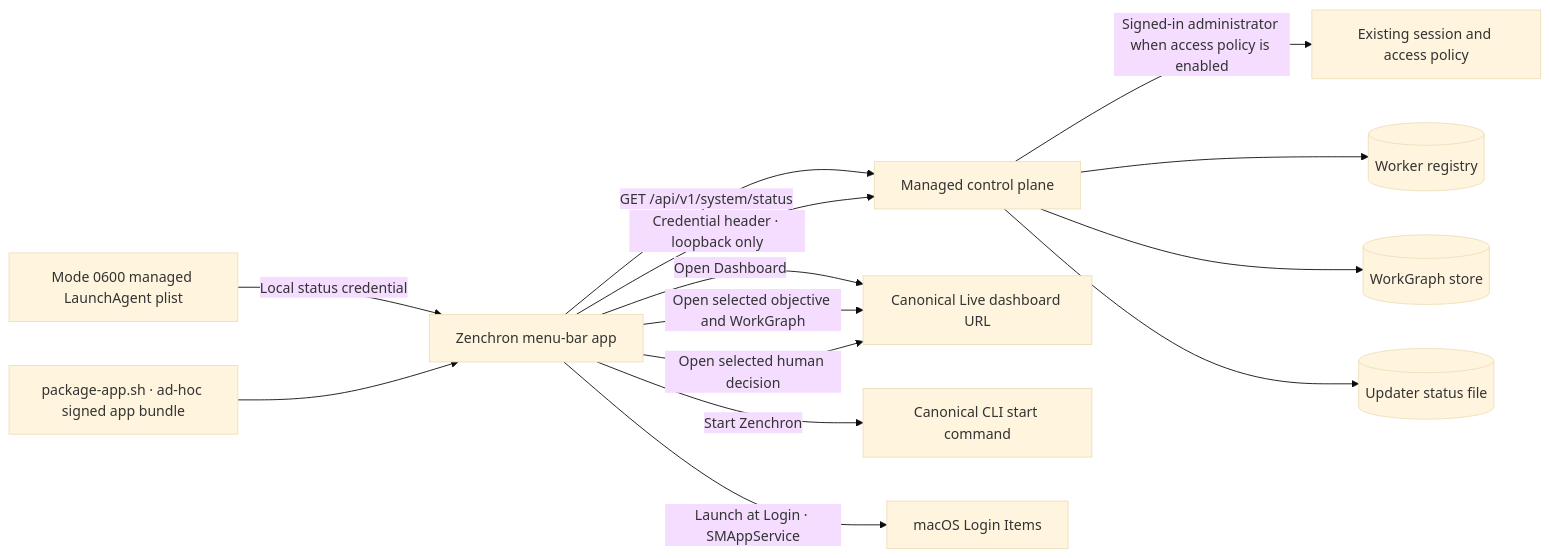
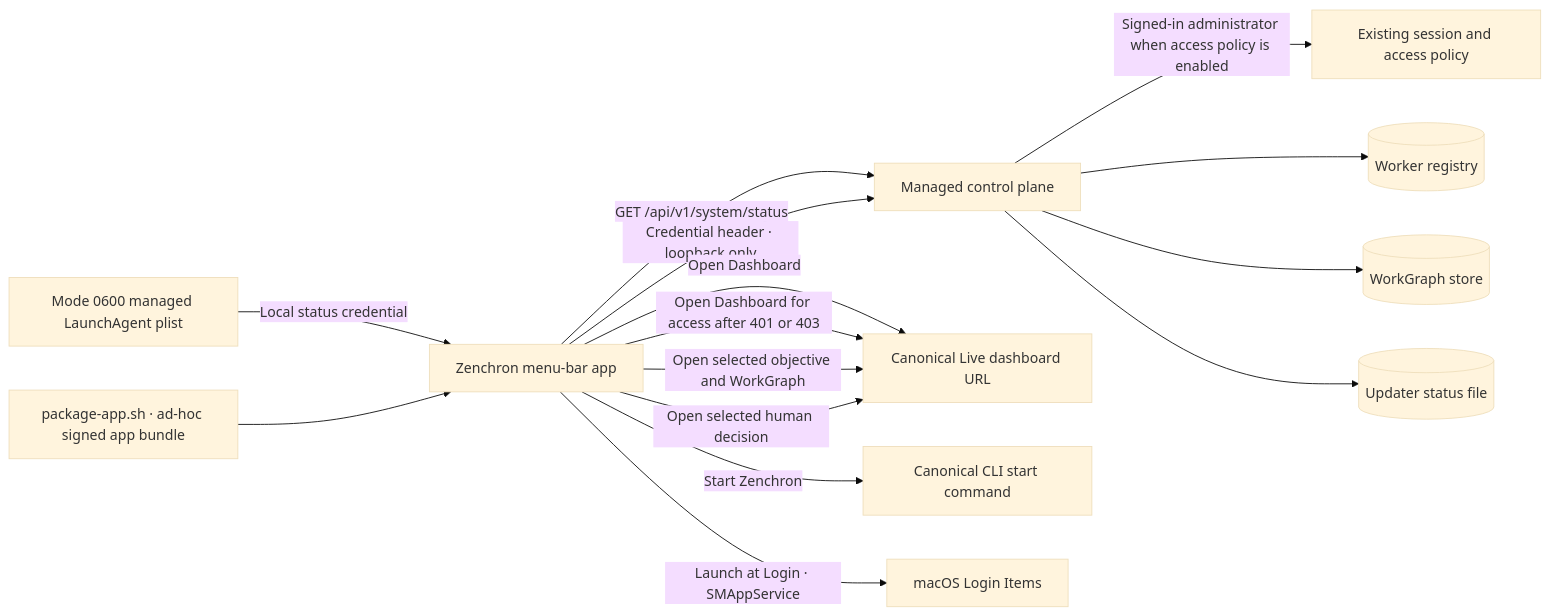
The diagram in docs/features/macos-menu-bar-companion.md (bogdaniel/zenchron-engineering-os), drawn with Mermaid (base theme) before and after one commit. The commit also changed other lines of this file and 4 other files, not shown here.

Commit message:
fix(macos): open dashboard when status auth is required

````diff
--- a/docs/features/macos-menu-bar-companion.md
+++ b/docs/features/macos-menu-bar-companion.md
@@ -8,16 +8,17 @@
 ```mermaid
 flowchart LR
   Companion[Zenchron menu-bar app] -->|GET /api/v1/system/status| API[Managed control plane]
   LaunchAgent[Mode 0600 managed LaunchAgent plist] -->|Local status credential| Companion
   Companion -->|Credential header · loopback only| API
   API -->|Signed-in administrator when access policy is enabled| Auth[Existing session and access policy]
   API --> Workers[(Worker registry)]
   API --> Graphs[(WorkGraph store)]
   API --> Update[(Updater status file)]
   Companion -->|Open Dashboard| Browser[Canonical Live dashboard URL]
+  Companion -->|Open Dashboard for access after 401 or 403| Browser
   Companion -->|Open selected objective and WorkGraph| Browser
   Companion -->|Open selected human decision| Browser
   Companion -->|Start Zenchron| CLI[Canonical CLI start command]
   Bundle[package-app.sh · ad-hoc signed app bundle] --> Companion
   Companion -->|Launch at Login · SMAppService| Settings[macOS Login Items]
 ```
````
